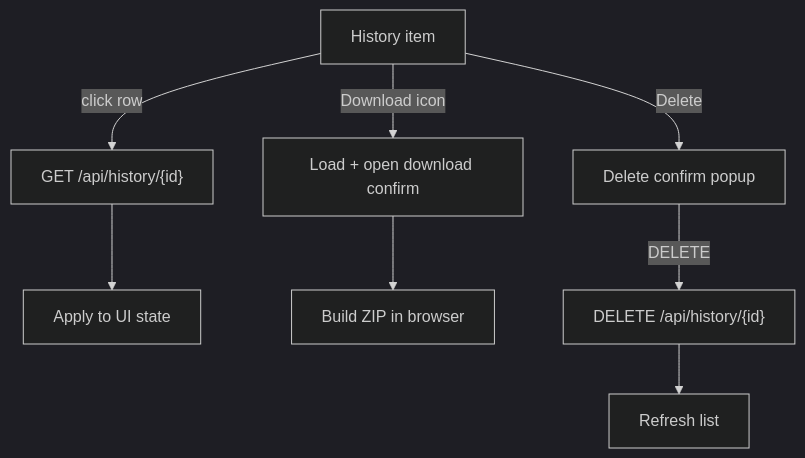
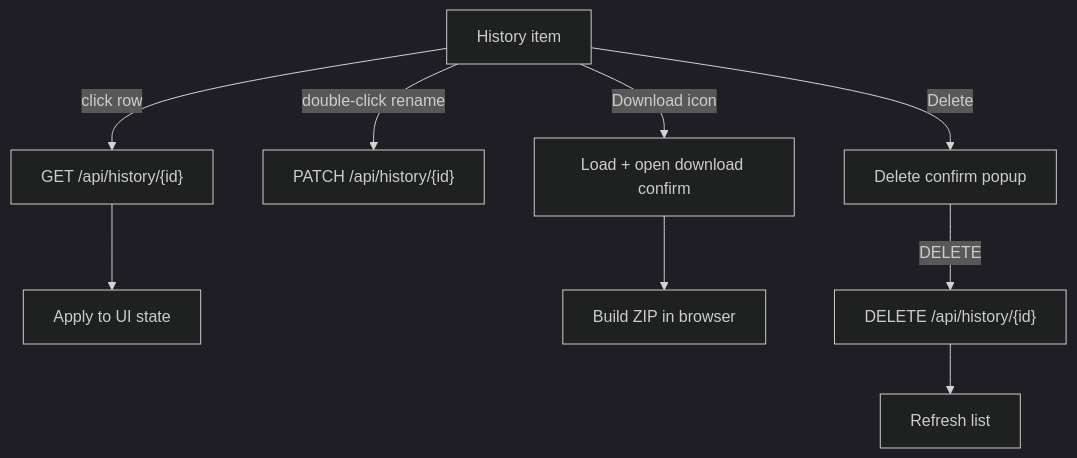
Before and after one commit to Northeastern-Research-ORNL-1/pyreflect-interface: the ninth of 11 diagrams in README.md, drawn with Mermaid (dark theme). The commit also changed other lines of this file and 20 other files, not shown here.

````diff
--- a/README.md
+++ b/README.md
@@ -234,10 +244,11 @@
 ```mermaid
 flowchart TD
   HS[History item] -->|click row| LOAD["GET /api/history/{id}"]
   LOAD --> APPLY[Apply to UI state]
+  HS -->|double-click rename| REN["PATCH /api/history/{id}"]
   HS -->|Download icon| DLREQ[Load + open download confirm]
   DLREQ --> BUILD[Build ZIP in browser]
   HS -->|Delete| CONF[Delete confirm popup]
   CONF -->|DELETE| DEL["DELETE /api/history/{id}"]
   DEL --> REFRESH[Refresh list]
 ```
````
